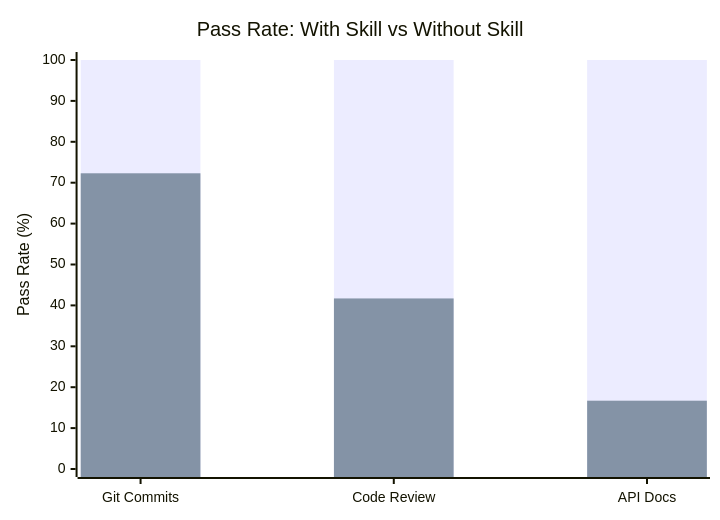
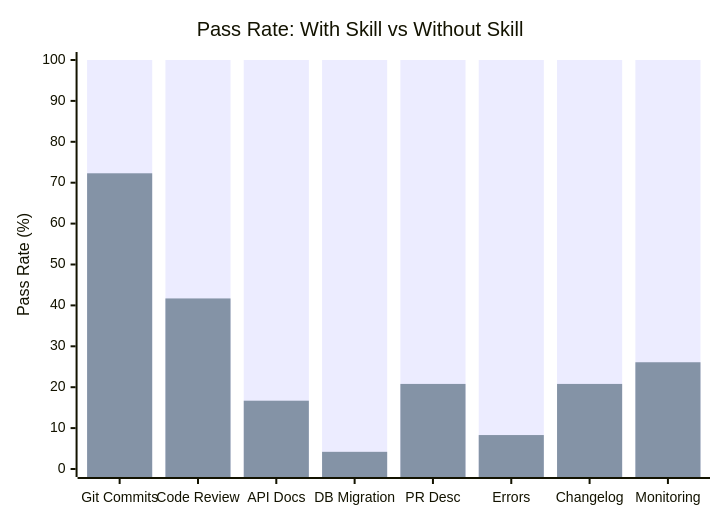
The first of 3 diagrams in examples/README.md (accolver/skill-maker), drawn with Mermaid before and after one commit. The commit also changed other lines of this file and 339 other files, not shown here.

````diff
--- a/examples/README.md
+++ b/examples/README.md
@@ -11,8 +11,8 @@
 ```mermaid
 xychart-beta
     title "Pass Rate: With Skill vs Without Skill"
-    x-axis ["Git Commits", "Code Review", "API Docs"]
+    x-axis ["Git Commits", "Code Review", "API Docs", "DB Migration", "PR Desc", "Errors", "Changelog", "Monitoring"]
     y-axis "Pass Rate (%)" 0 --> 100
-    bar [100, 100, 100]
-    bar [72.3, 41.7, 16.7]
+    bar [100, 100, 100, 100, 100, 100, 100, 100]
+    bar [72.3, 41.7, 16.7, 4.2, 20.8, 8.3, 20.8, 26.1]
 ```
````
